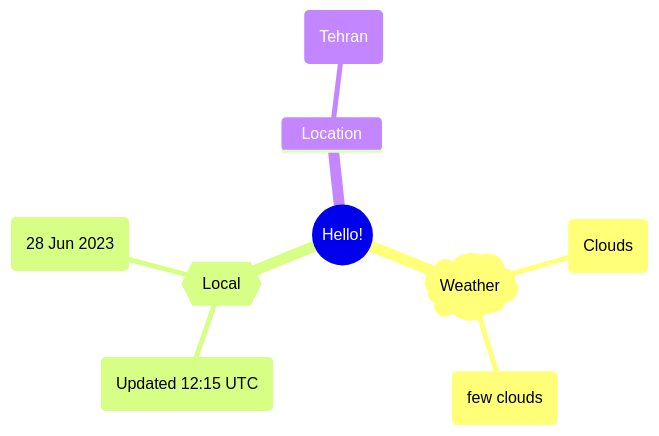
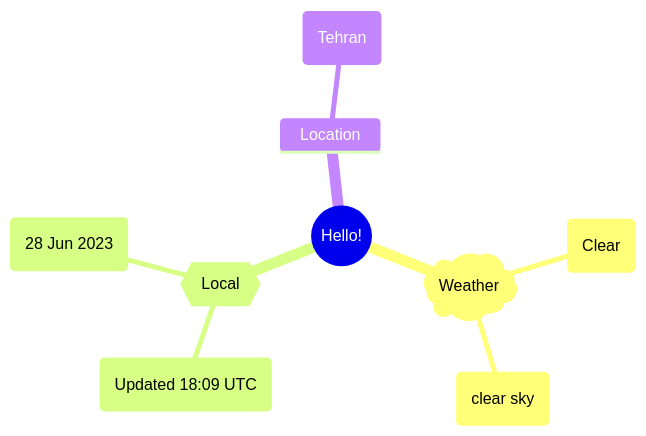
One commit to Xosrov/Xosrov changed the first of 2 diagrams in README.md. Above: the diagram before and after it, drawn with Mermaid.

Commit message:
[bot] updated images

````diff
--- a/README.md
+++ b/README.md
@@ -3,12 +3,12 @@
 ```mermaid
 mindmap
   root((Hello!))
     )Weather(
-        (Clouds)
-        (few clouds)
+        (Clear)
+        (clear sky)
     {{Local}}
-        (Updated 12:15 UTC)
+        (Updated 18:09 UTC)
         (28 Jun 2023)
     Location
         (Tehran)
 ```
````
